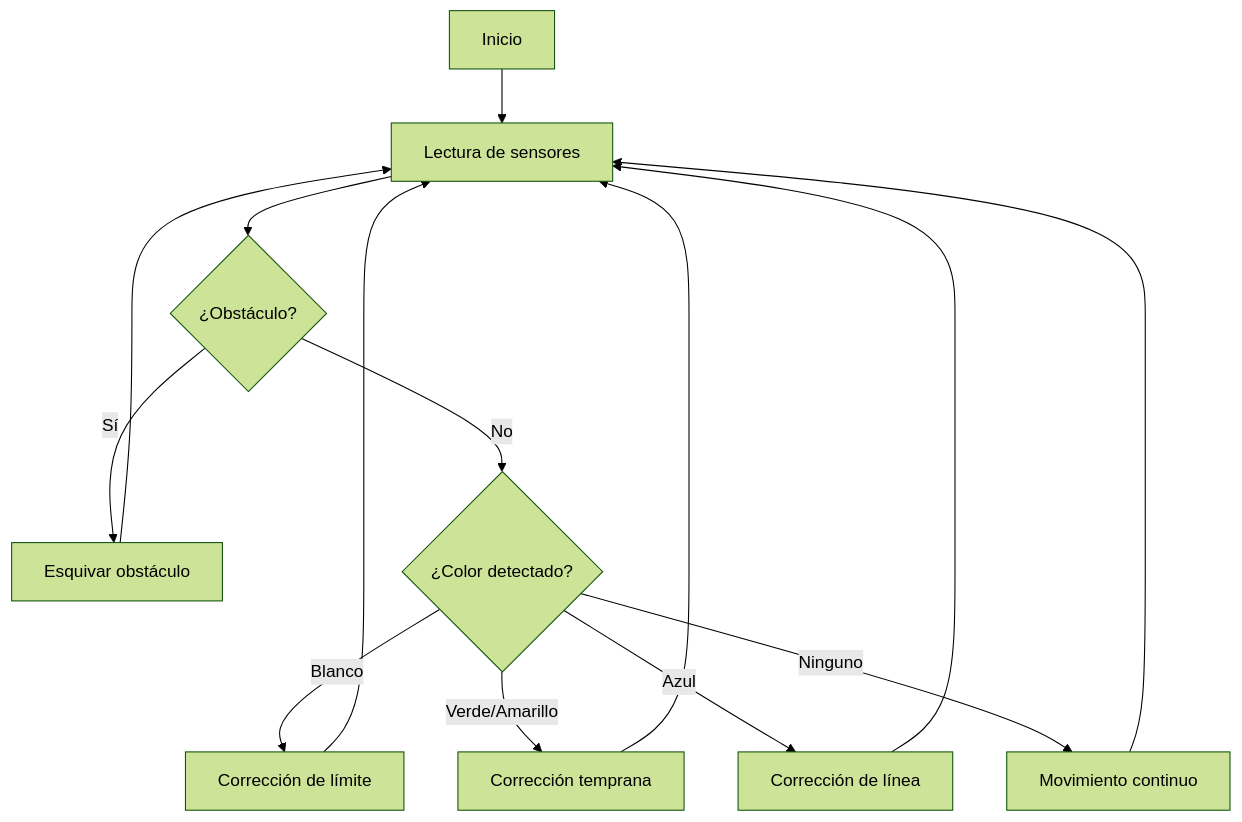
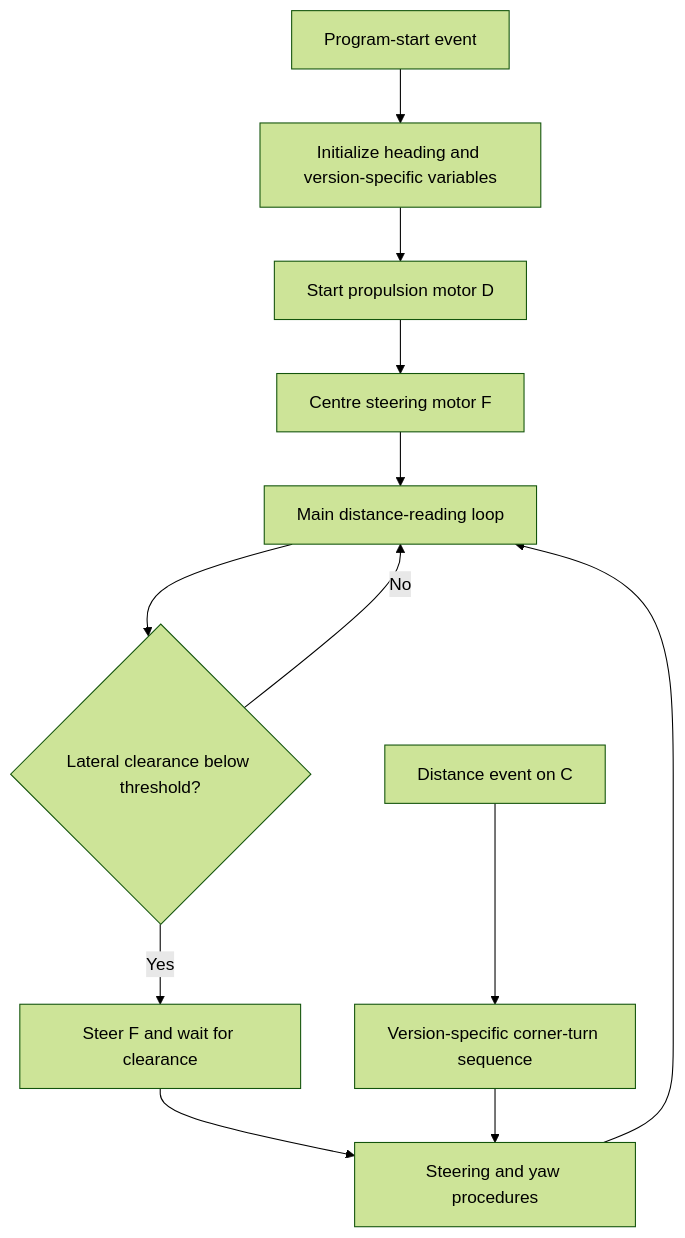
The diagram in README.md (WROCompetitionTeam2026/WRO-Competition-Practice), drawn with Mermaid (forest theme) before and after one commit. The commit also changed other lines of this file and 191 other files, not shown here.

````diff
--- a/README.md
+++ b/README.md
@@ -21,18 +119,14 @@
 ```mermaid
 flowchart TD
-    A[Inicio] --> B[Lectura de sensores]
-    B --> C{¿Obstáculo?}
-    C -->|Sí| D[Esquivar obstáculo]
-    C -->|No| E{¿Color detectado?}
-    
-    E -->|Blanco| F[Corrección de límite]
-    E -->|Verde/Amarillo| G[Corrección temprana]
-    E -->|Azul| H[Corrección de línea]
-    E -->|Ninguno| I[Movimiento continuo]
-
-    D --> B
-    F --> B
-    G --> B
-    H --> B
-    I --> B
+    A[Program-start event] --> B[Initialize heading and version-specific variables]
+    B --> C[Start propulsion motor D]
+    C --> D[Centre steering motor F]
+    D --> E[Main distance-reading loop]
+    E --> F{Lateral clearance below threshold?}
+    F -->|Yes| G[Steer F and wait for clearance]
+    G --> H[Steering and yaw procedures]
+    H --> E
+    F -->|No| E
+    I[Distance event on C] --> J[Version-specific corner-turn sequence]
+    J --> H
 ```
````
